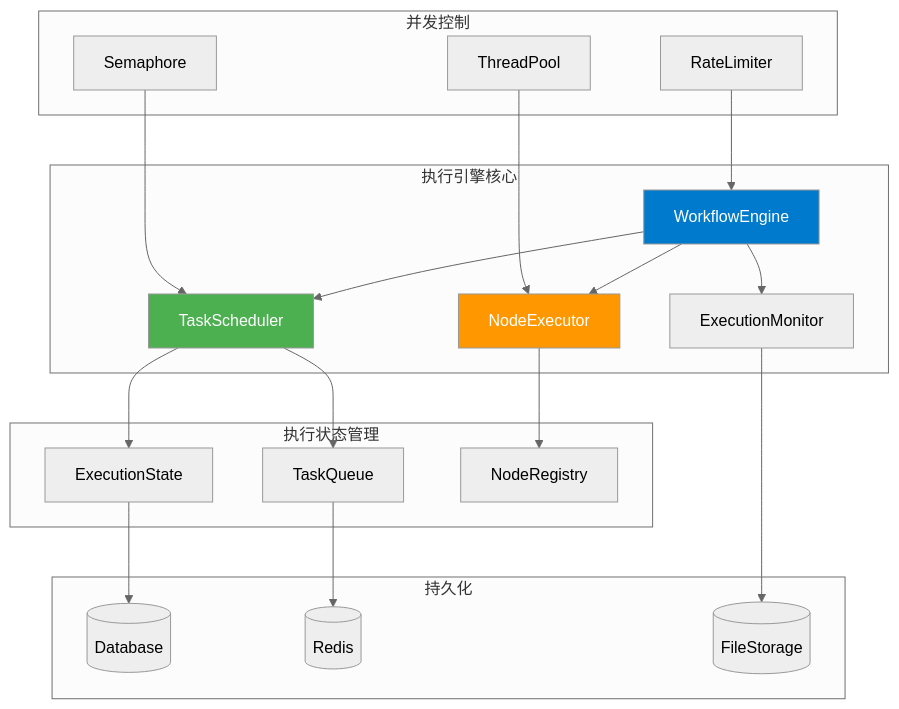
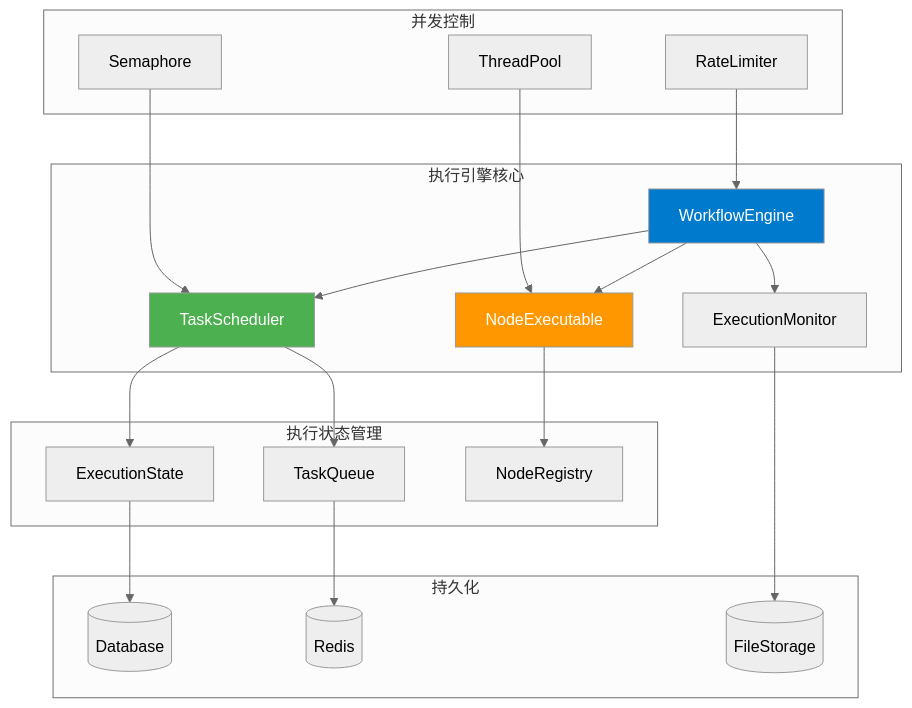
The first of 5 diagrams in hetumind/hetumind-docs/src/design/03-0-execution-engine.md (fusion-data/fusion-data), drawn with Mermaid (neutral theme) before and after one commit. The commit also changed other lines of this file and 420 other files, not shown here.

````diff
--- a/hetumind/hetumind-docs/src/design/03-0-execution-engine.md
+++ b/hetumind/hetumind-docs/src/design/03-0-execution-engine.md
@@ -17,47 +17,47 @@
 ```mermaid
 flowchart TB
     subgraph "执行引擎核心"
         Engine[WorkflowEngine]
         Scheduler[TaskScheduler]
-        Executor[NodeExecutor]
+        Executor[NodeExecutable]
         Monitor[ExecutionMonitor]
     end
 
     subgraph "执行状态管理"
         State[ExecutionState]
         Queue[TaskQueue]
         Registry[NodeRegistry]
     end
 
     subgraph "并发控制"
         Pool[ThreadPool]
         Semaphore[Semaphore]
         RateLimit[RateLimiter]
     end
 
     subgraph "持久化"
         DB[(Database)]
         Cache[(Redis)]
         Storage[(FileStorage)]
     end
 
     Engine --> Scheduler
     Engine --> Executor
     Engine --> Monitor
 
     Scheduler --> State
     Scheduler --> Queue
     Executor --> Registry
 
     Pool --> Executor
     Semaphore --> Scheduler
     RateLimit --> Engine
 
     State --> DB
     Queue --> Cache
     Monitor --> Storage
 
     style Engine fill:#007acc,color:#fff
     style Scheduler fill:#4CAF50,color:#fff
     style Executor fill:#FF9800,color:#fff
 ```
````
